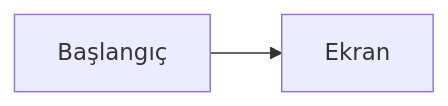
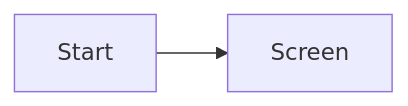
The first of 4 diagrams in templates/spec-tam.md (GktuOktay/claude-agency-v2), drawn with Mermaid before and after one commit. The commit also changed other lines of this file and 12 other files, not shown here.

````diff
--- a/templates/spec-tam.md
+++ b/templates/spec-tam.md
@@ -22,5 +22,5 @@
 ```mermaid
-%% Soru: kullanıcı bu akışta hangi ekranlardan geçer? (en çok 9 düğüm; ikili görsel dosya yok)
+%% Question: which screens does the user pass through in this flow? (at most 9 nodes; no binary image files)
 flowchart LR
-  A[Başlangıç] --> B[Ekran]
+  A[Start] --> B[Screen]
 ```
````
